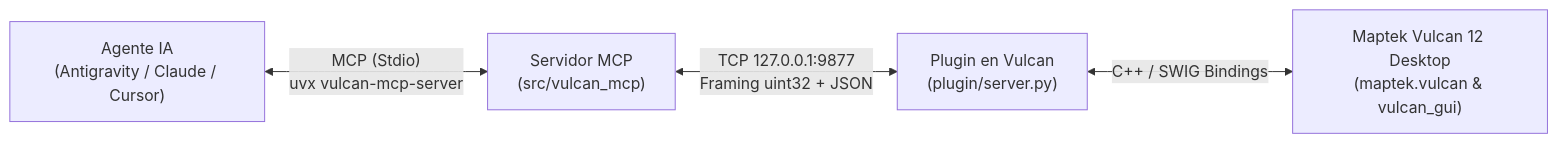
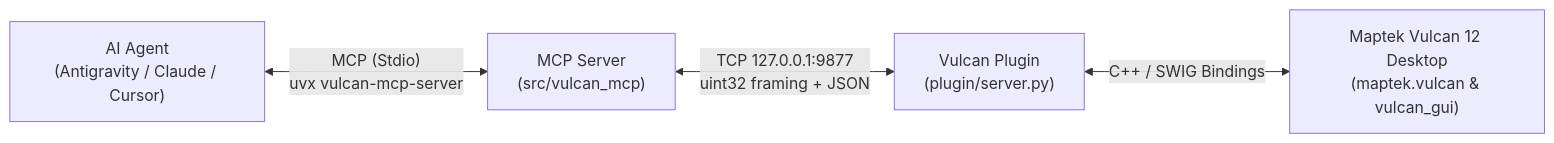
One commit to LuiccianDev/vulcan-mcp changed the diagram in README.md. Above: the diagram before and after it, drawn with Mermaid. The commit also changed other lines of this file and 58 other files, not shown here.

Commit message:
feat(plugins): add git-release plugin with lifecycle hooks, skills, and release-manager agent

````diff
--- a/README.md
+++ b/README.md
@@ -75,6 +130,6 @@
 ```mermaid
 flowchart LR
-    A["Agente IA<br/>(Antigravity / Claude / Cursor)"] <-->|"MCP (Stdio)<br/>uvx vulcan-mcp-server"| B["Servidor MCP<br/>(src/vulcan_mcp)"]
-    B <-->|"TCP 127.0.0.1:9877<br/>Framing uint32 + JSON"| C["Plugin en Vulcan<br/>(plugin/server.py)"]
+    A["AI Agent<br/>(Antigravity / Claude / Cursor)"] <-->|"MCP (Stdio)<br/>uvx vulcan-mcp-server"| B["MCP Server<br/>(src/vulcan_mcp)"]
+    B <-->|"TCP 127.0.0.1:9877<br/>uint32 framing + JSON"| C["Vulcan Plugin<br/>(plugin/server.py)"]
     C <-->|"C++ / SWIG Bindings"| D["Maptek Vulcan 12 Desktop<br/>(maptek.vulcan & vulcan_gui)"]
 ```
````
